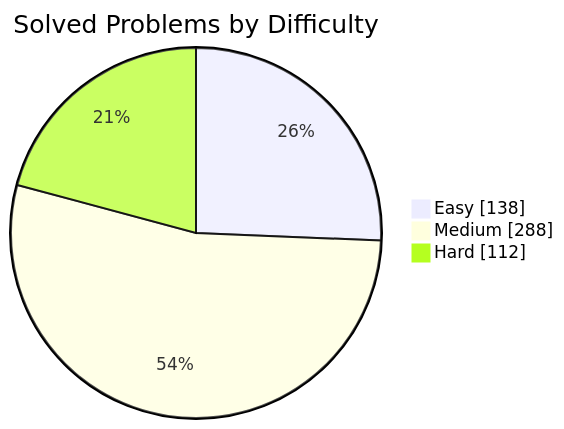
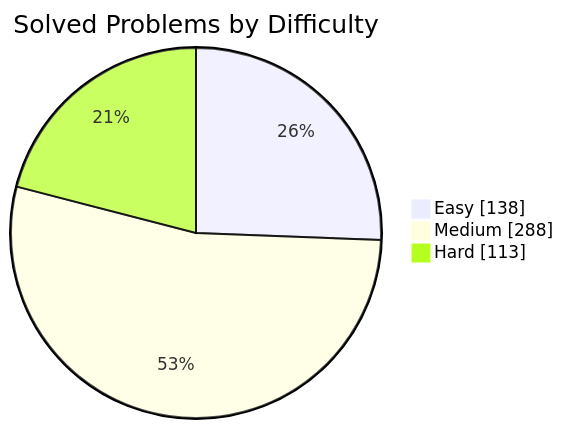
Before and after one commit to manikantbindass/DSA-Preparation-FAANG: the first of 2 diagrams in README.md, drawn with Mermaid. The commit also changed other lines of this file and 1 other file, not shown here.

````diff
--- a/README.md
+++ b/README.md
@@ -79,7 +79,7 @@
 ```mermaid
 pie showData
     title Solved Problems by Difficulty
     "Easy" : 138
     "Medium" : 288
-    "Hard" : 112
+    "Hard" : 113
 ```
````
